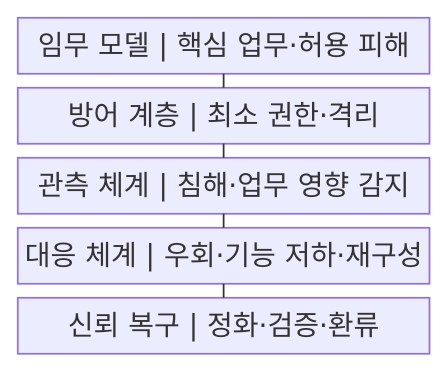
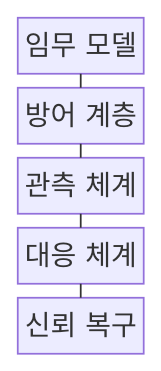
Before and after one commit to agnusdei1207/knowledge-base: the first of 2 diagrams in src/content/docs/notes/03-software/196_cyber_resilience.md, drawn with Mermaid. The commit also changed other lines of this file and 238 other files, not shown here.

````diff
--- a/src/content/docs/notes/03-software/196_cyber_resilience.md
+++ b/src/content/docs/notes/03-software/196_cyber_resilience.md
@@ -53,13 +53,13 @@
 ```mermaid
-block
+block-beta
     columns 1
-    A["임무 모델 | 핵심 업무·허용 피해"]
-    B["방어 계층 | 최소 권한·격리"]
-    C["관측 체계 | 침해·업무 영향 감지"]
-    D["대응 체계 | 우회·기능 저하·재구성"]
-    E["신뢰 복구 | 정화·검증·환류"]
+    A["임무 모델"]
+    B["방어 계층"]
+    C["관측 체계"]
+    D["대응 체계"]
+    E["신뢰 복구"]
     A --- B
     B --- C
     C --- D
     D --- E
 ```
````
